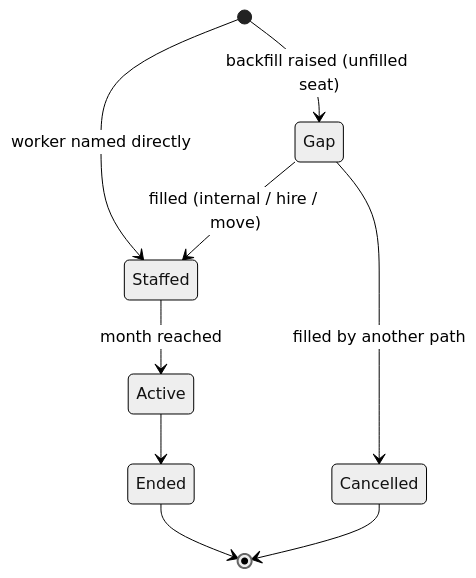
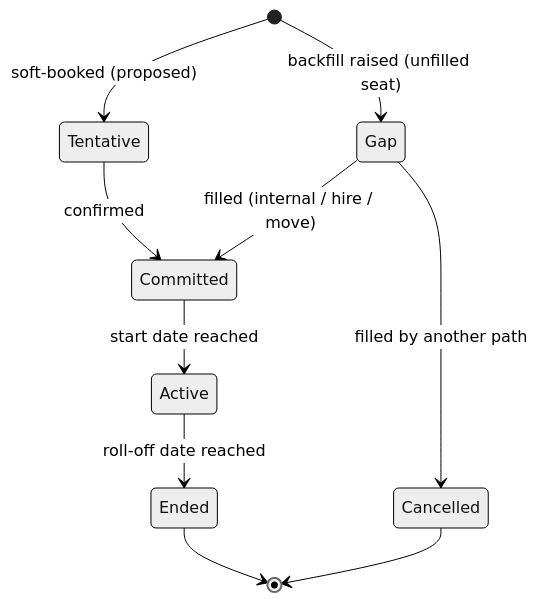
The ninth of 10 diagrams in docs/modules/PM-PRD.md (Seta-International/agent-platform), drawn with Mermaid (neutral theme) before and after one commit. The commit also changed other lines of this file and 5 other files, not shown here.

````diff
--- a/docs/modules/PM-PRD.md
+++ b/docs/modules/PM-PRD.md
@@ -433,11 +488,12 @@
 ```mermaid
 stateDiagram-v2
-  [*] --> Staffed: worker named directly
+  [*] --> Tentative: soft-booked (proposed)
   [*] --> Gap: backfill raised (unfilled seat)
-  Gap --> Staffed: filled (internal / hire / move)
+  Tentative --> Committed: confirmed
+  Gap --> Committed: filled (internal / hire / move)
   Gap --> Cancelled: filled by another path
-  Staffed --> Active: month reached
-  Active --> Ended
+  Committed --> Active: start date reached
+  Active --> Ended: roll-off date reached
   Cancelled --> [*]
   Ended --> [*]
 ```
````
